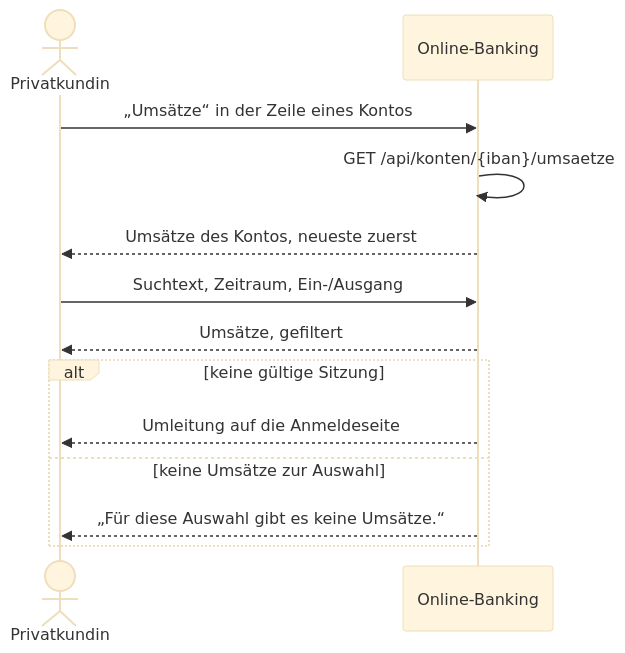
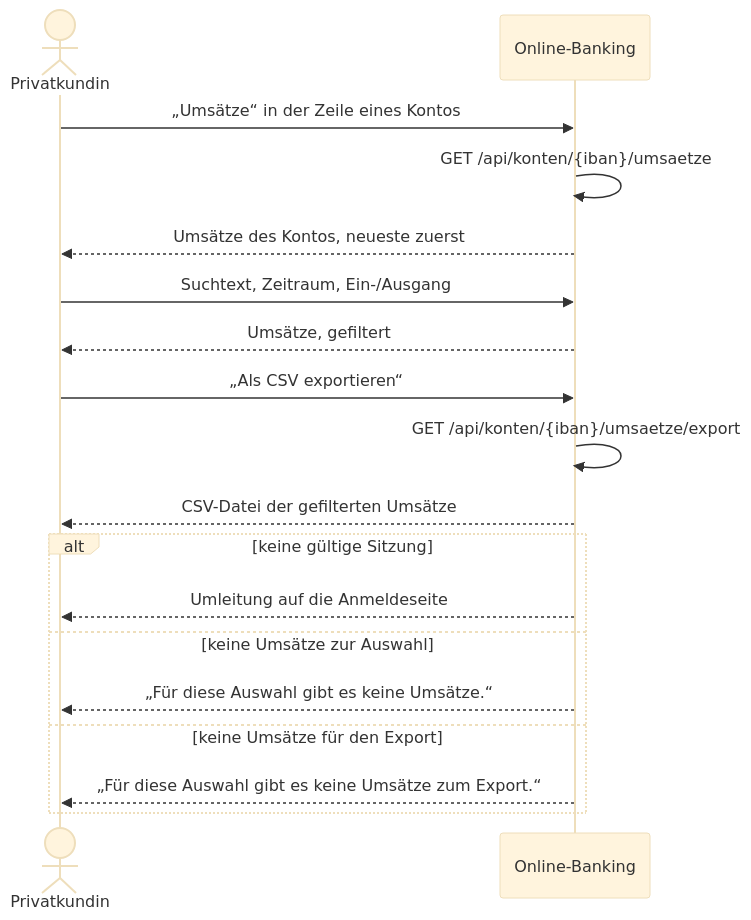
One commit to dakn85/online-banking changed the diagram in docs/use_cases/UC-003-umsaetze-eines-kontos-anzeigen.md. Above: the diagram before and after it, drawn with Mermaid (base theme). The commit also changed other lines of this file and 7 other files, not shown here.

First line of the commit message:
PK-54: KI-Vorschlag übernommen: UC-003: Umsätze eines Kontos als CSV-Datei exportieren

````diff
--- a/docs/use_cases/UC-003-umsaetze-eines-kontos-anzeigen.md
+++ b/docs/use_cases/UC-003-umsaetze-eines-kontos-anzeigen.md
@@ -63,15 +93,20 @@
 ```mermaid
 sequenceDiagram
     actor kundin as Privatkundin
     participant banking as Online-Banking
     kundin->>banking: „Umsätze“ in der Zeile eines Kontos
     banking->>banking: GET /api/konten/{iban}/umsaetze
     banking-->>kundin: Umsätze des Kontos, neueste zuerst
     kundin->>banking: Suchtext, Zeitraum, Ein-/Ausgang
     banking-->>kundin: Umsätze, gefiltert
+    kundin->>banking: „Als CSV exportieren“
+    banking->>banking: GET /api/konten/{iban}/umsaetze/export
+    banking-->>kundin: CSV-Datei der gefilterten Umsätze
     alt keine gültige Sitzung
         banking-->>kundin: Umleitung auf die Anmeldeseite
     else keine Umsätze zur Auswahl
         banking-->>kundin: „Für diese Auswahl gibt es keine Umsätze.“
+    else keine Umsätze für den Export
+        banking-->>kundin: „Für diese Auswahl gibt es keine Umsätze zum Export.“
     end
 ```
````
